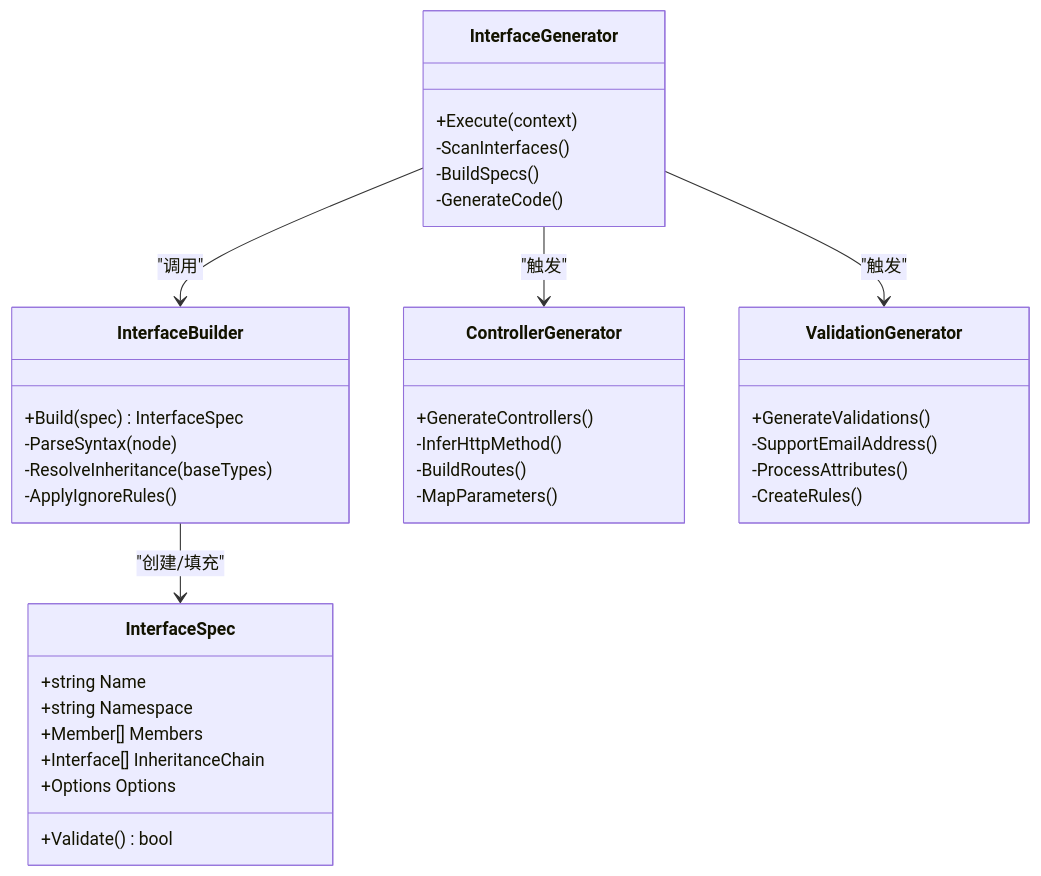
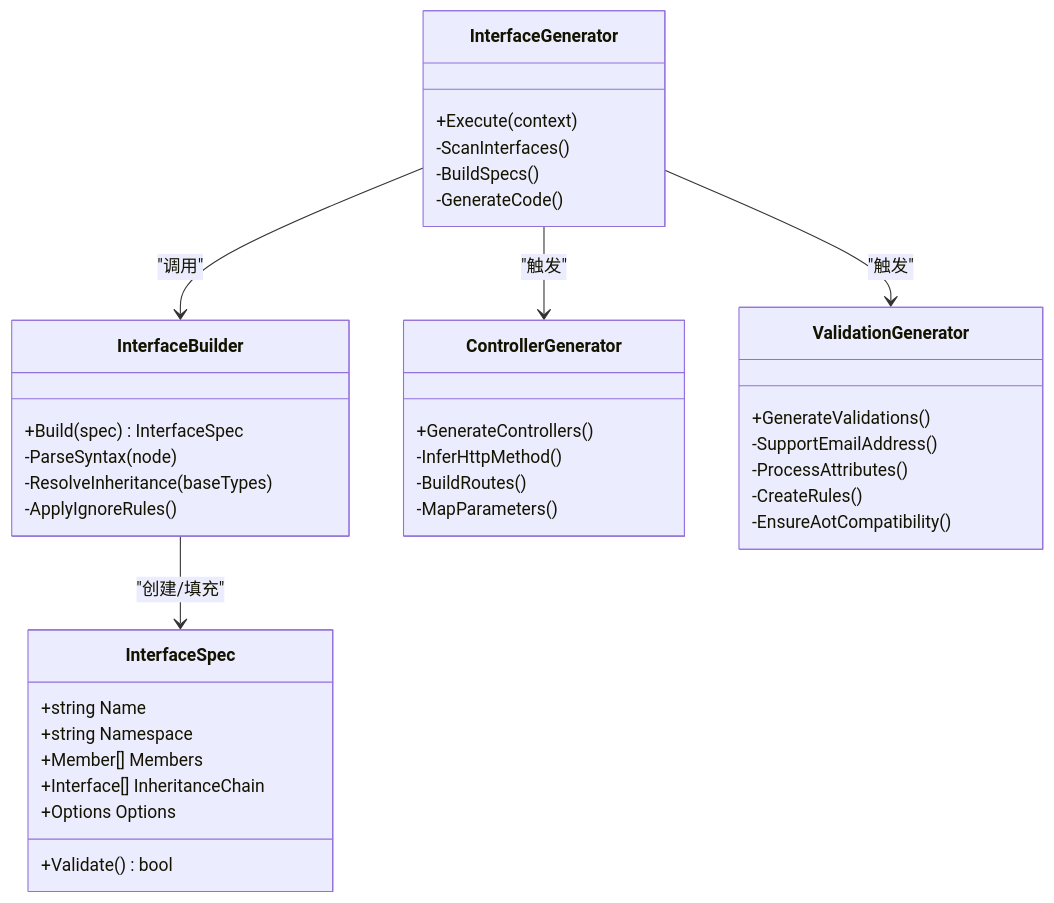
One commit to alivy/AutoCode changed the third of 7 diagrams in .qoder/repowiki/zh/content/源代码生成器/源代码生成器.md. Above: the diagram before and after it, drawn with Mermaid. The commit also changed other lines of this file and 5 other files, not shown here.

````diff
--- a/.qoder/repowiki/zh/content/源代码生成器/源代码生成器.md
+++ b/.qoder/repowiki/zh/content/源代码生成器/源代码生成器.md
@@ -263,39 +270,40 @@
 ```mermaid
 classDiagram
 class InterfaceSpec {
 +string Name
 +string Namespace
 +Member[] Members
 +Interface[] InheritanceChain
 +Options Options
 +Validate() bool
 }
 class InterfaceBuilder {
 +Build(spec) InterfaceSpec
 -ParseSyntax(node)
 -ResolveInheritance(baseTypes)
 -ApplyIgnoreRules()
 }
 class InterfaceGenerator {
 +Execute(context)
 -ScanInterfaces()
 -BuildSpecs()
 -GenerateCode()
 }
 class ControllerGenerator {
 +GenerateControllers()
 -InferHttpMethod()
 -BuildRoutes()
 -MapParameters()
 }
 class ValidationGenerator {
 +GenerateValidations()
 -SupportEmailAddress()
 -ProcessAttributes()
 -CreateRules()
+-EnsureAotCompatibility()
 }
 InterfaceGenerator --> InterfaceBuilder : "调用"
 InterfaceBuilder --> InterfaceSpec : "创建/填充"
 InterfaceGenerator --> ControllerGenerator : "触发"
 InterfaceGenerator --> ValidationGenerator : "触发"
 ```
````
